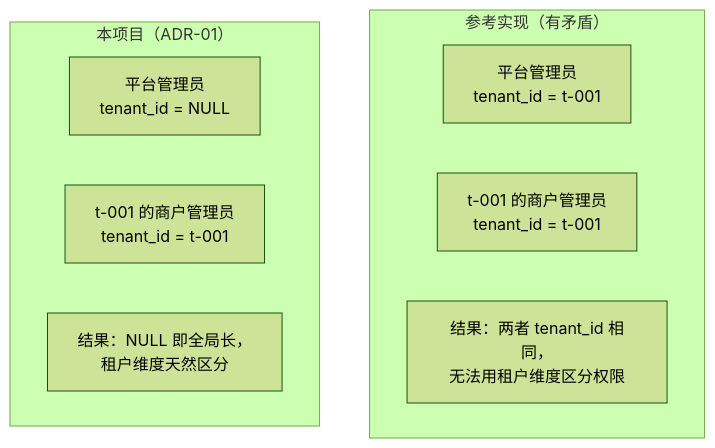
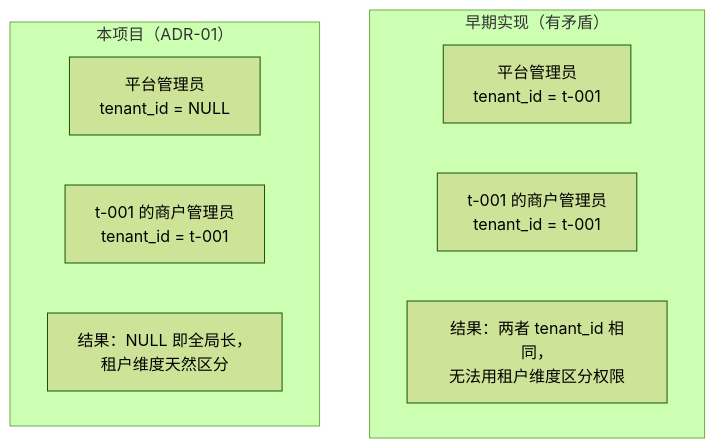
Before and after one commit to Peterwong666/ToyVerse-Cloud: the first of 6 diagrams in docs/07-多租户与权限设计.md, drawn with Mermaid (forest theme). The commit also changed other lines of this file and 31 other files, not shown here.

````diff
--- a/docs/07-多租户与权限设计.md
+++ b/docs/07-多租户与权限设计.md
@@ -56,13 +56,13 @@
 ```mermaid
 flowchart TB
-    subgraph bad["参考实现（有矛盾）"]
+    subgraph bad["早期实现（有矛盾）"]
         B1["平台管理员<br/>tenant_id = t-001"]
         B2["t-001 的商户管理员<br/>tenant_id = t-001"]
         B3["结果：两者 tenant_id 相同，<br/>无法用租户维度区分权限"]
     end
     subgraph good["本项目（ADR-01）"]
         G1["平台管理员<br/>tenant_id = NULL"]
         G2["t-001 的商户管理员<br/>tenant_id = t-001"]
         G3["结果：NULL 即全局长，<br/>租户维度天然区分"]
     end
 ```
````
